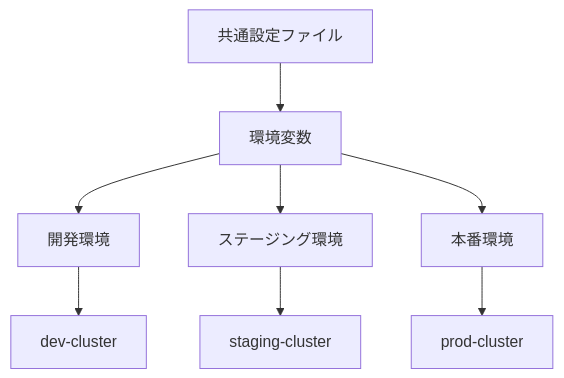
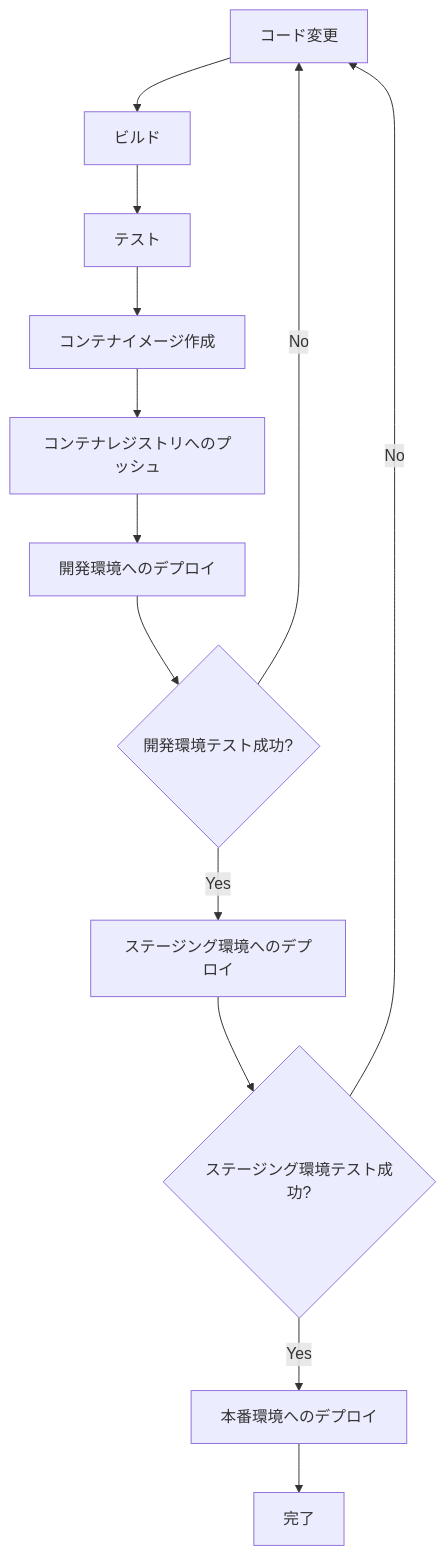
One commit to bufferings/devin-docs changed the diagram in ecspresso/practical/multi-env.md. Above: the diagram before and after it, drawn with Mermaid. The commit also changed other lines of this file and 29 other files, not shown here.

````diff
--- a/ecspresso/practical/multi-env.md
+++ b/ecspresso/practical/multi-env.md
@@ -17,10 +200,15 @@
 ```mermaid
 graph TD
-    A[共通設定ファイル] --> B[環境変数]
-    B --> C[開発環境]
-    B --> D[ステージング環境]
-    B --> E[本番環境]
-    C --> F[dev-cluster]
-    D --> G[staging-cluster]
-    E --> H[prod-cluster]
+    A[コード変更] --> B[ビルド]
+    B --> C[テスト]
+    C --> D[コンテナイメージ作成]
+    D --> E[コンテナレジストリへのプッシュ]
+    E --> F[開発環境へのデプロイ]
+    F --> G{開発環境テスト成功?}
+    G -->|Yes| H[ステージング環境へのデプロイ]
+    G -->|No| A
+    H --> I{ステージング環境テスト成功?}
+    I -->|Yes| J[本番環境へのデプロイ]
+    I -->|No| A
+    J --> K[完了]
 ```
````
